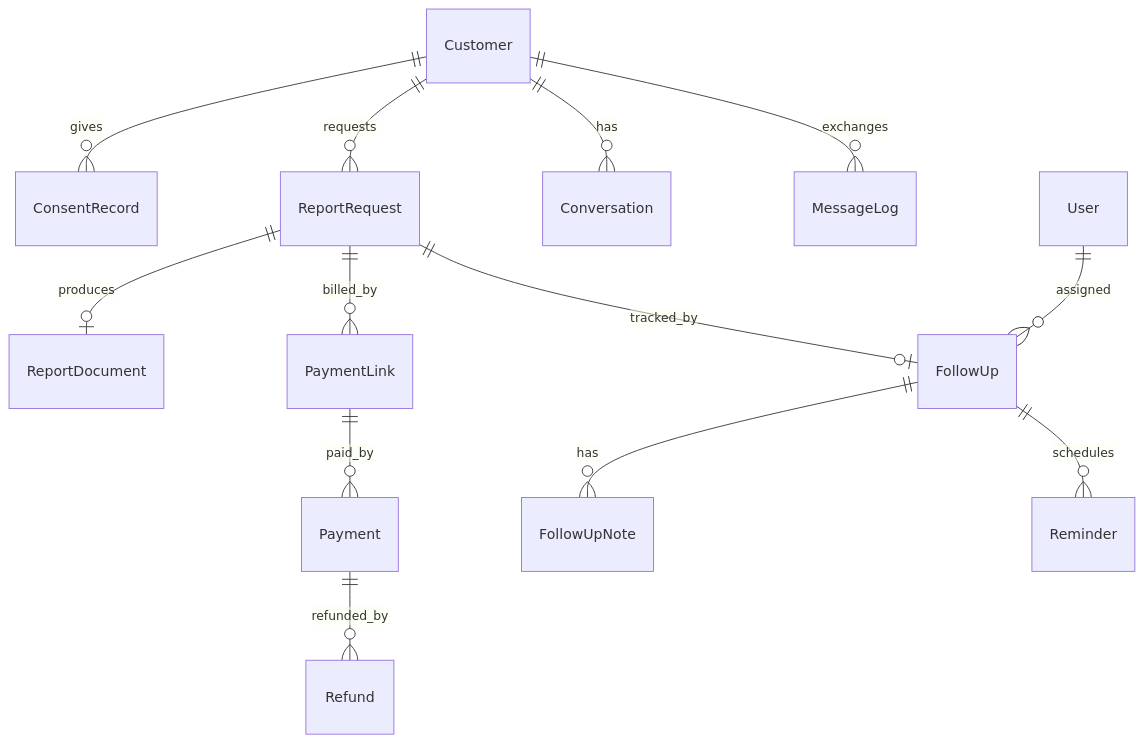
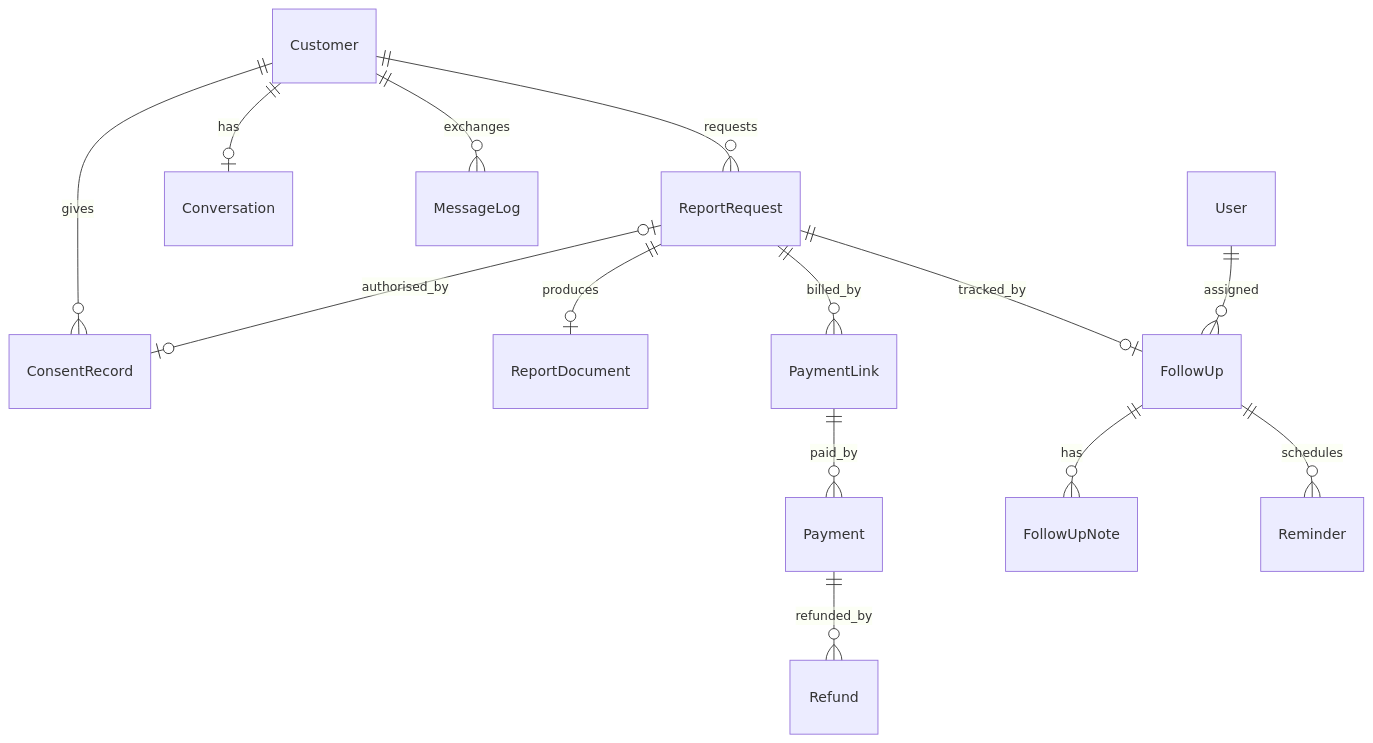
Before and after one commit to rahul9561/cibil-whatsapp-platform: the second of 3 diagrams in docs/ARCHITECTURE.md, drawn with Mermaid. The commit also changed other lines of this file and 61 other files, not shown here.

````diff
--- a/docs/ARCHITECTURE.md
+++ b/docs/ARCHITECTURE.md
@@ -98,15 +100,16 @@
 ```mermaid
 erDiagram
     Customer ||--o{ ConsentRecord : gives
     Customer ||--o{ ReportRequest : requests
-    Customer ||--o{ Conversation : has
+    ReportRequest |o--o| ConsentRecord : authorised_by
+    Customer ||--o| Conversation : has
     ReportRequest ||--o| ReportDocument : produces
     ReportRequest ||--o{ PaymentLink : billed_by
     PaymentLink ||--o{ Payment : paid_by
     Payment ||--o{ Refund : refunded_by
     ReportRequest ||--o| FollowUp : tracked_by
     FollowUp ||--o{ FollowUpNote : has
     FollowUp ||--o{ Reminder : schedules
     Customer ||--o{ MessageLog : exchanges
     User ||--o{ FollowUp : assigned
 ```
````
